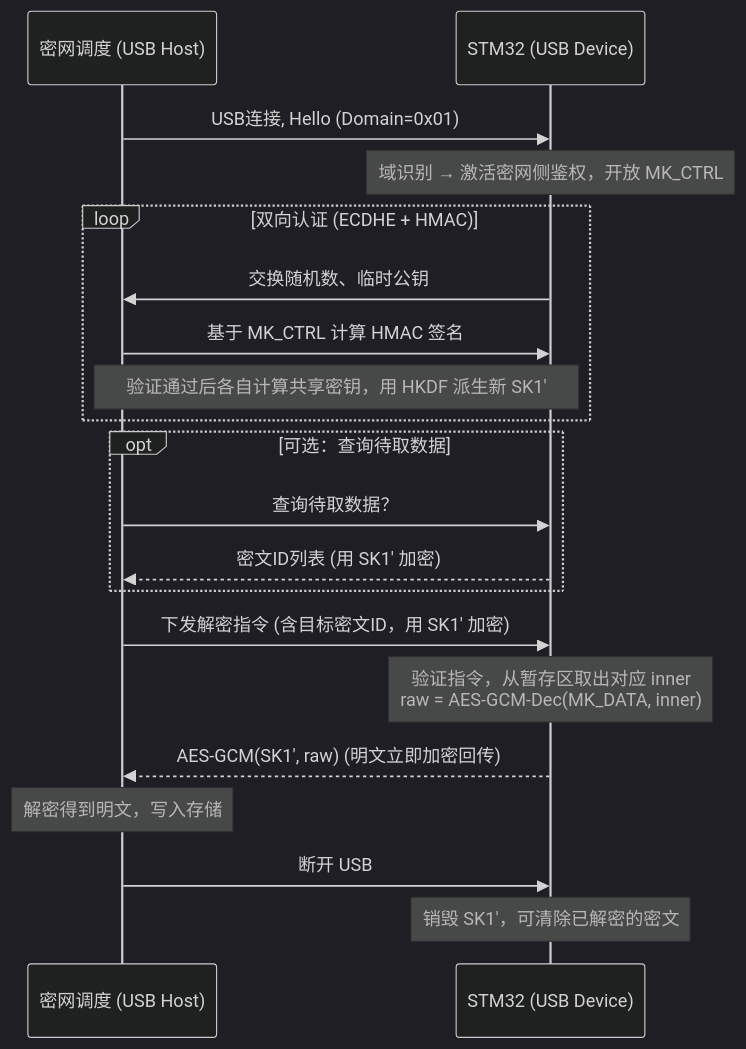
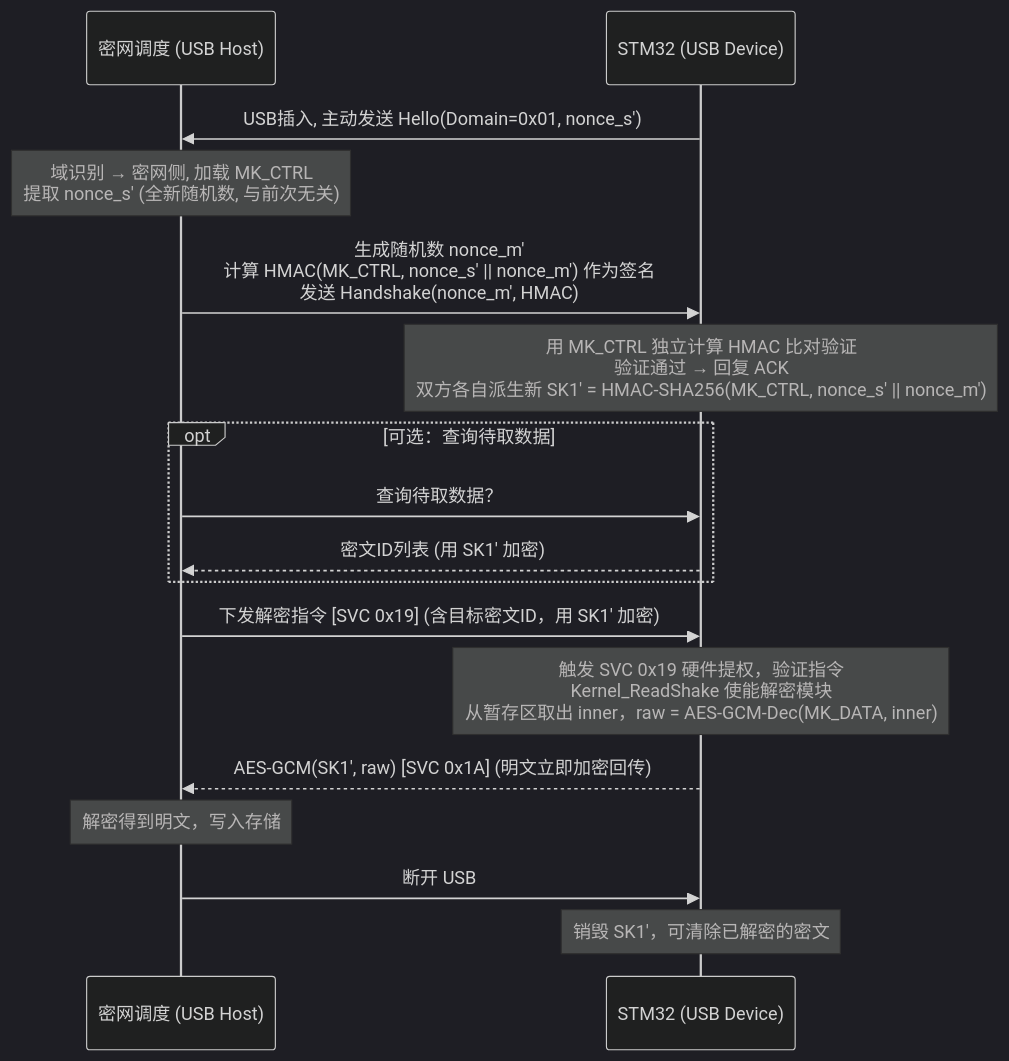
The fourth of 4 diagrams in 文档管理/设计文档3.md (zsj8844/uuOS), drawn with Mermaid (dark theme) before and after one commit. The commit also changed other lines of this file and 65 other files, not shown here.

````diff
--- a/文档管理/设计文档3.md
+++ b/文档管理/设计文档3.md
@@ -264,27 +280,24 @@
 ```mermaid
 sequenceDiagram
     participant 调度 as 密网调度 (USB Host)
     participant STM32 as STM32 (USB Device)
 
-    调度->>STM32: USB连接, Hello (Domain=0x01)
-    Note over STM32: 域识别 → 激活密网侧鉴权，开放 MK_CTRL
+    STM32->>调度: USB插入, 主动发送 Hello(Domain=0x01, nonce_s')
+    Note over 调度: 域识别 → 密网侧, 加载 MK_CTRL<br/>提取 nonce_s' (全新随机数, 与前次无关)
 
-    loop 双向认证 (ECDHE + HMAC)
-        STM32->>调度: 交换随机数、临时公钥
-        调度->>STM32: 基于 MK_CTRL 计算 HMAC 签名
-        Note over 调度,STM32: 验证通过后各自计算共享密钥，用 HKDF 派生新 SK1'
-    end
+    调度->>STM32: 生成随机数 nonce_m'<br/>计算 HMAC(MK_CTRL, nonce_s' || nonce_m') 作为签名<br/>发送 Handshake(nonce_m', HMAC)
+    Note over STM32: 用 MK_CTRL 独立计算 HMAC 比对验证<br/>验证通过 → 回复 ACK<br/>双方各自派生新 SK1' = HMAC-SHA256(MK_CTRL, nonce_s' || nonce_m')
 
     opt 可选：查询待取数据
         调度->>STM32: 查询待取数据？
         STM32-->>调度: 密文ID列表 (用 SK1' 加密)
     end
 
-    调度->>STM32: 下发解密指令 (含目标密文ID，用 SK1' 加密)
-    Note over STM32: 验证指令，从暂存区取出对应 inner<br/>raw = AES-GCM-Dec(MK_DATA, inner)
-    STM32-->>调度: AES-GCM(SK1', raw)  (明文立即加密回传)
+    调度->>STM32: 下发解密指令 [SVC 0x19] (含目标密文ID，用 SK1' 加密)
+    Note over STM32: 触发 SVC 0x19 硬件提权，验证指令<br/>Kernel_ReadShake 使能解密模块<br/>从暂存区取出 inner，raw = AES-GCM-Dec(MK_DATA, inner)
+    STM32-->>调度: AES-GCM(SK1', raw) [SVC 0x1A] (明文立即加密回传)
     Note over 调度: 解密得到明文，写入存储
 
     调度->>STM32: 断开 USB
     Note over STM32: 销毁 SK1'，可清除已解密的密文
 ```
````
